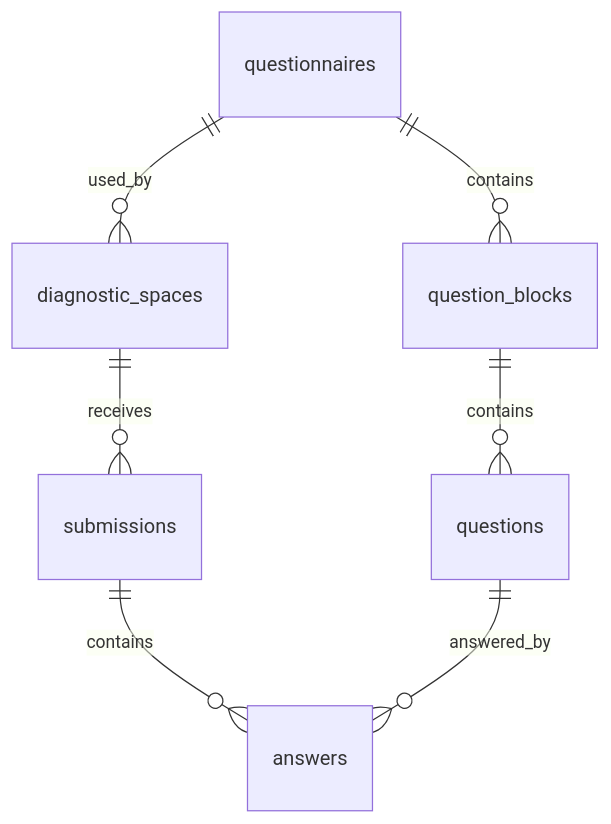
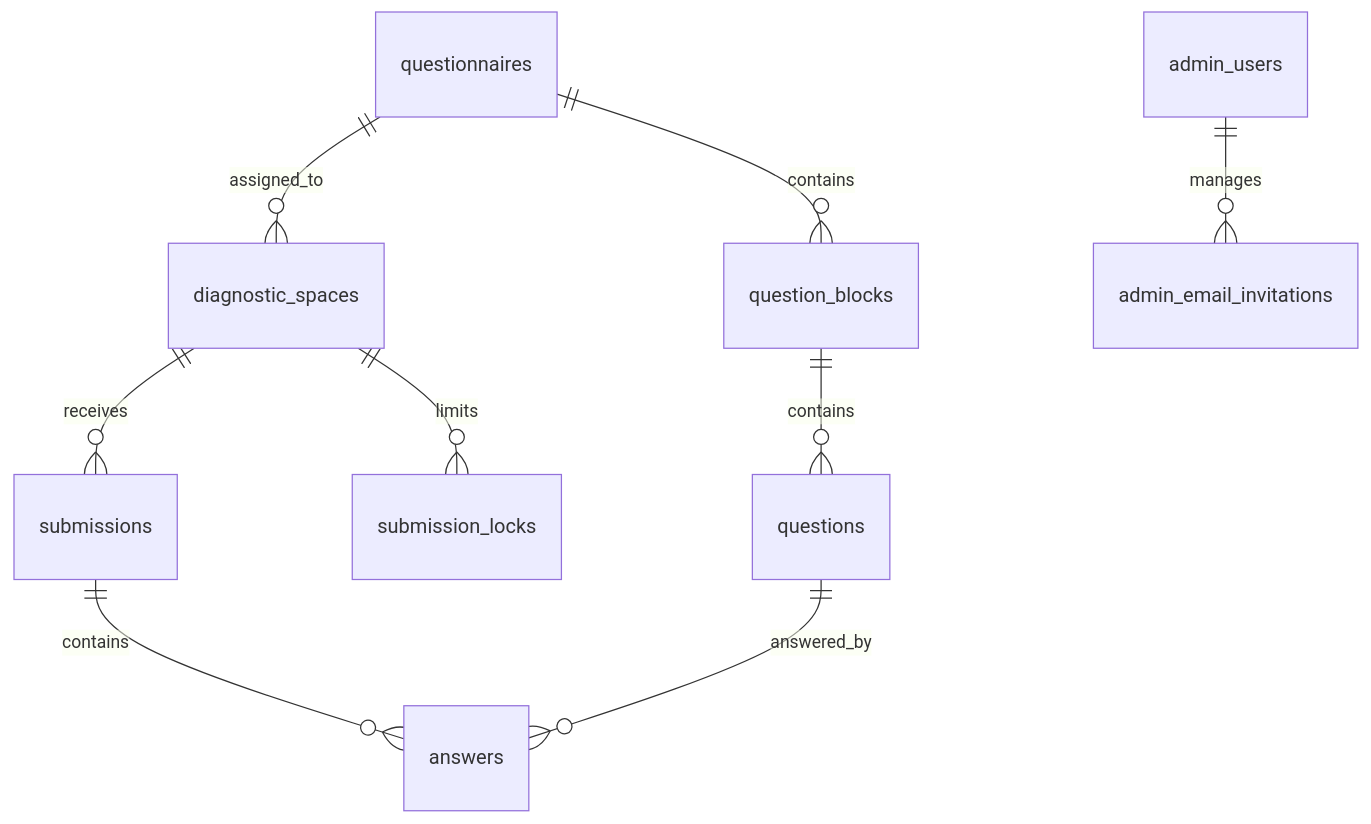
Before and after one commit to rbarrachina/diagnosi-ia: the diagram in docs/DATABASE_SCHEMA.md, drawn with Mermaid. The commit also changed other lines of this file and 61 other files, not shown here.

````diff
--- a/docs/DATABASE_SCHEMA.md
+++ b/docs/DATABASE_SCHEMA.md
@@ -62,9 +21,11 @@
 ```mermaid
 erDiagram
   questionnaires ||--o{ question_blocks : contains
   question_blocks ||--o{ questions : contains
-  questionnaires ||--o{ diagnostic_spaces : used_by
+  questionnaires ||--o{ diagnostic_spaces : assigned_to
+  diagnostic_spaces ||--o{ submission_locks : limits
   diagnostic_spaces ||--o{ submissions : receives
   submissions ||--o{ answers : contains
   questions ||--o{ answers : answered_by
+  admin_users ||--o{ admin_email_invitations : manages
 ```
````
